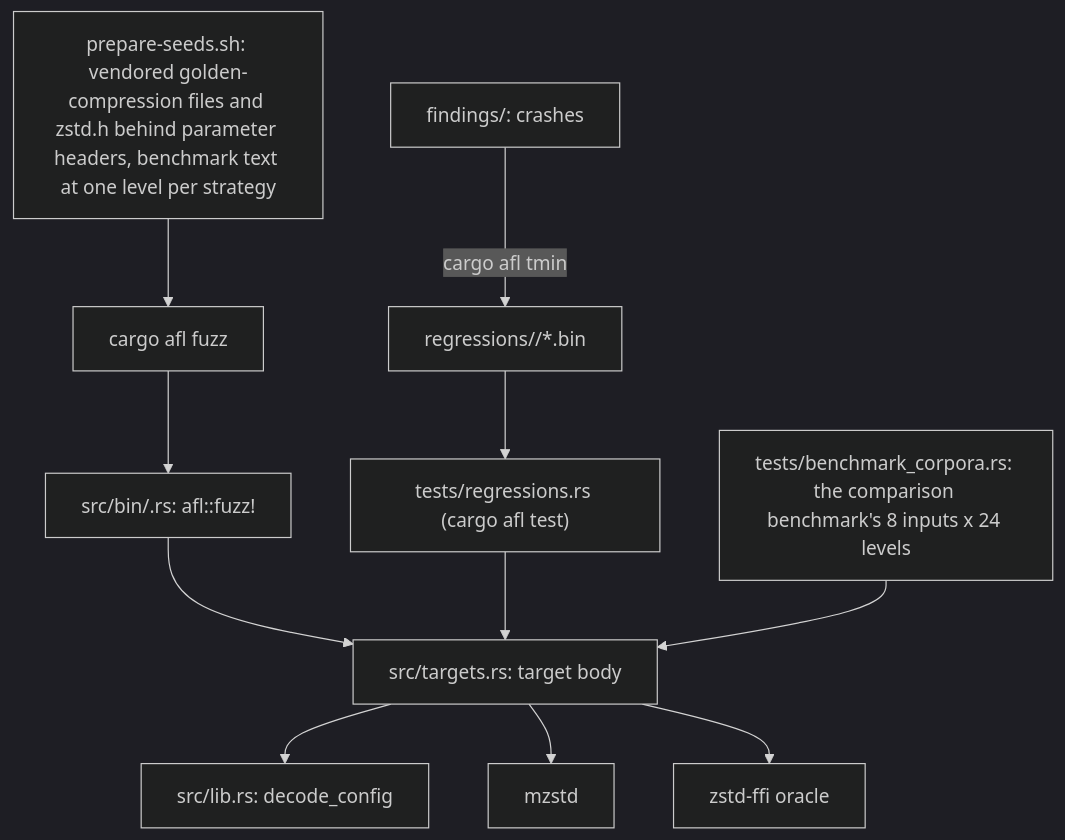
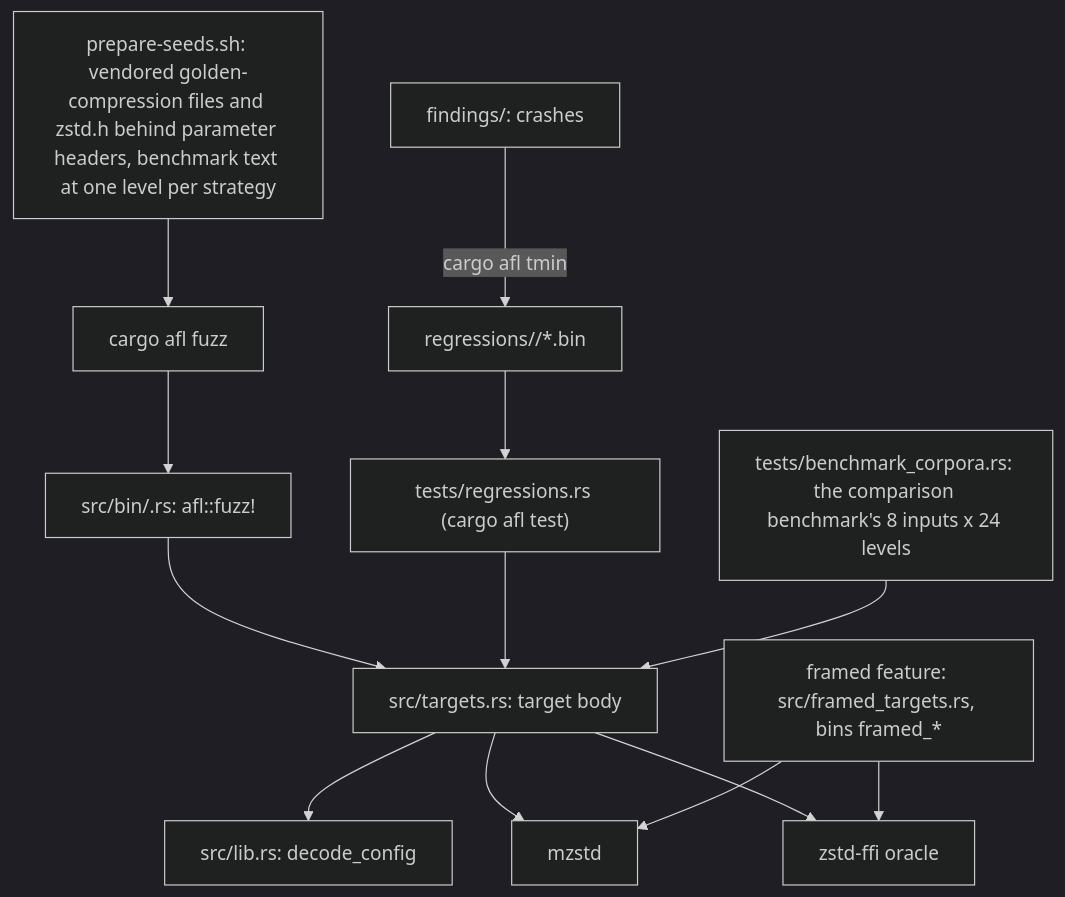
Before and after one commit to M-Compressors/mzstd: the first of 3 diagrams in architecture/fuzzing.md, drawn with Mermaid (dark theme). The commit also changed other lines of this file and 94 other files, not shown here.

````diff
--- a/architecture/fuzzing.md
+++ b/architecture/fuzzing.md
@@ -9,13 +9,15 @@
 ```mermaid
 graph TD
     Seeds["prepare-seeds.sh: vendored golden-compression files and zstd.h behind parameter headers, benchmark text at one level per strategy"] --> AFL[cargo afl fuzz]
     AFL --> Bin["src/bin/<target>.rs: afl::fuzz!"]
     Bin --> Body["src/targets.rs: target body"]
     Body --> Decode["src/lib.rs: decode_config"]
     Body --> Mzstd[mzstd]
     Body --> Ref["zstd-ffi oracle"]
     Findings[findings/: crashes] -->|cargo afl tmin| Reg["regressions/<target>/*.bin"]
     Reg --> Replay["tests/regressions.rs (cargo afl test)"]
     Replay --> Body
     Bench["tests/benchmark_corpora.rs: the comparison benchmark's 8 inputs x 24 levels"] --> Body
+    Framed["framed feature: src/framed_targets.rs, bins framed_*"] --> Mzstd
+    Framed --> Ref
 ```
````
